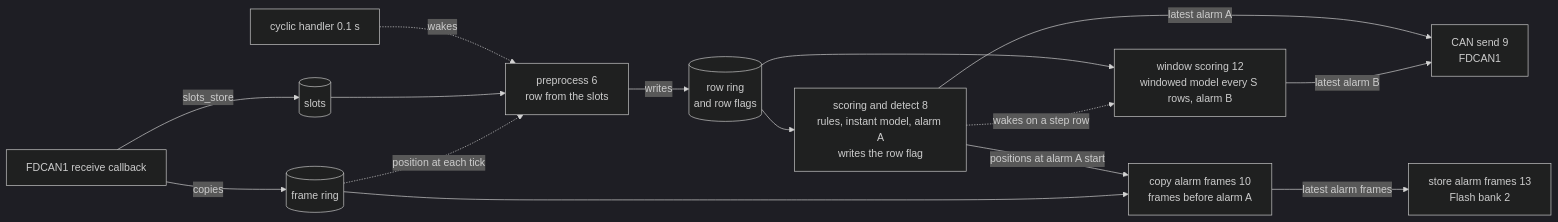
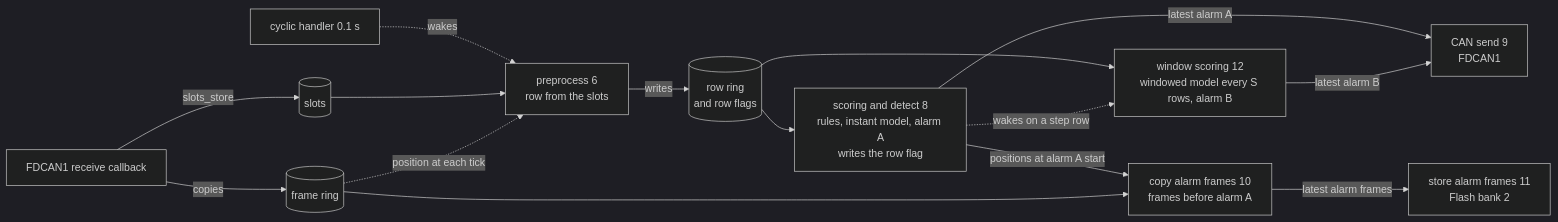
One commit to asana17/ai_can_anomaly_detection changed the diagram in board/docs/goal_window.md. Above: the diagram before and after it, drawn with Mermaid (dark theme). The commit also changed other lines of this file and 5 other files, not shown here.

Commit message:
refactor(board): run the store of the alarm frames above the window model

````diff
--- a/board/docs/goal_window.md
+++ b/board/docs/goal_window.md
@@ -88,17 +88,17 @@
 ```mermaid
 flowchart LR
     irq["FDCAN1 receive callback"] -- slots_store --> slots[(slots)]
     irq -- copies --> frames[(frame ring)]
     tick[cyclic handler 0.1 s] -. wakes .-> pre
     slots --> pre["preprocess 6<br/>row from the slots"]
     frames -. position at each tick .-> pre
     pre -- writes --> ring[(row ring<br/>and row flags)]
     ring --> sd["scoring and detect 8<br/>rules, instant model, alarm A<br/>writes the row flag"]
     ring --> win["window scoring 12<br/>windowed model every S rows, alarm B"]
     sd -. wakes on a step row .-> win
     sd -- latest alarm A --> can["CAN send 9<br/>FDCAN1"]
     win -- latest alarm B --> can
     sd -- positions at alarm A start --> copy["copy alarm frames 10<br/>frames before alarm A"]
     frames --> copy
-    copy -- latest alarm frames --> store["store alarm frames 13<br/>Flash bank 2"]
+    copy -- latest alarm frames --> store["store alarm frames 11<br/>Flash bank 2"]
 ```
````
